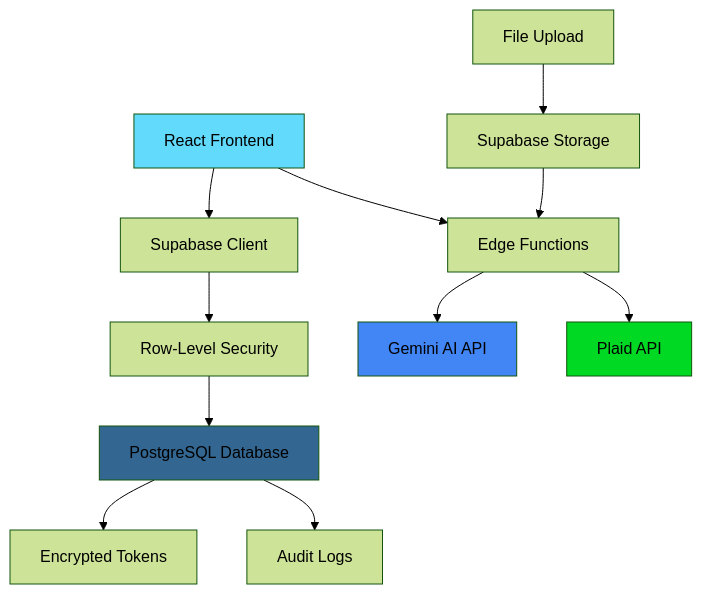
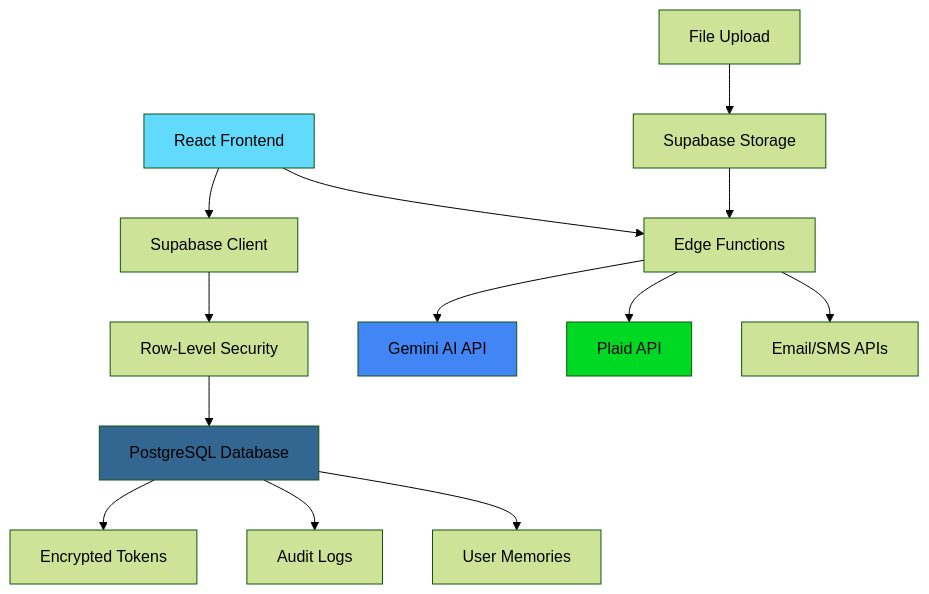
The diagram in README.md (xBlackSmurfx008/PocketTeller), drawn with Mermaid (forest theme) before and after one commit. The commit also changed other lines of this file, not shown here.

````diff
--- a/README.md
+++ b/README.md
@@ -87,21 +135,23 @@
 ```mermaid
 graph TD
     A[React Frontend] --> B[Supabase Client]
     B --> C[Row-Level Security]
     C --> D[PostgreSQL Database]
     
     A --> E[Edge Functions]
     E --> F[Gemini AI API]
     E --> G[Plaid API]
+    E --> H[Email/SMS APIs]
     
-    H[File Upload] --> I[Supabase Storage]
-    I --> E
+    I[File Upload] --> J[Supabase Storage]
+    J --> E
     
-    D --> J[Encrypted Tokens]
-    D --> K[Audit Logs]
+    D --> K[Encrypted Tokens]
+    D --> L[Audit Logs]
+    D --> M[User Memories]
     
     style A fill:#61dafb
     style D fill:#336791
     style F fill:#4285f4
     style G fill:#00d924
 ```
````
